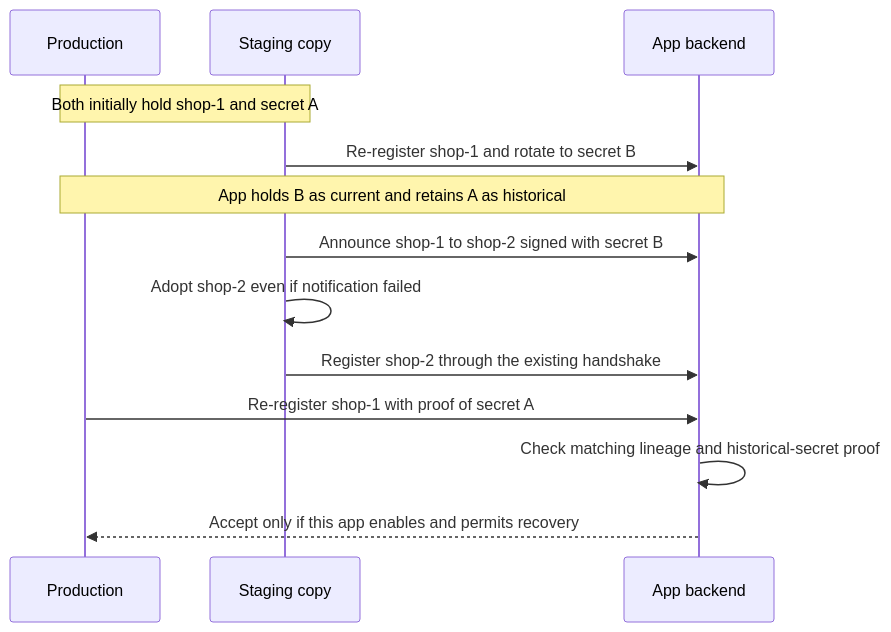
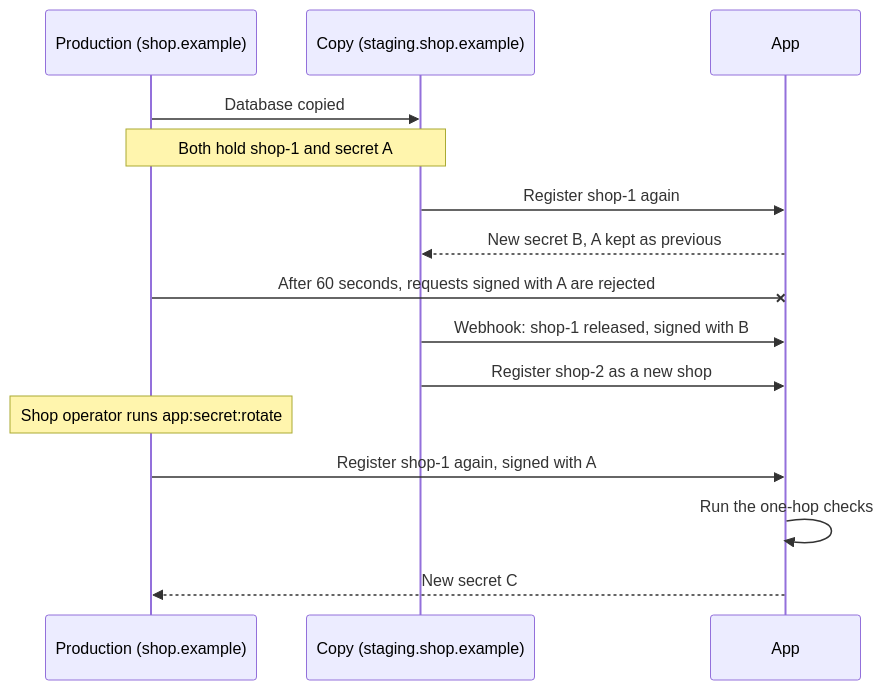
One commit to shopware/shopware changed the second of 2 diagrams in adr/2026-10-15-app-shop-identity-lineage-and-recovery.md. Above: the diagram before and after it, drawn with Mermaid. The commit also changed other lines of this file, not shown here.

Commit message:
docs(app): rework shop identity recovery around one verified hop

````diff
--- a/adr/2026-10-15-app-shop-identity-lineage-and-recovery.md
+++ b/adr/2026-10-15-app-shop-identity-lineage-and-recovery.md
@@ -39,15 +53,17 @@
 ```mermaid
 sequenceDiagram
-    participant Production
-    participant Copy as Staging copy
-    participant App as App backend
-    Note over Production,Copy: Both initially hold shop-1 and secret A
-    Copy->>App: Re-register shop-1 and rotate to secret B
-    Note over Production,App: App holds B as current and retains A as historical
-    Copy->>App: Announce shop-1 to shop-2 signed with secret B
-    Copy->>Copy: Adopt shop-2 even if notification failed
-    Copy->>App: Register shop-2 through the existing handshake
-    Production->>App: Re-register shop-1 with proof of secret A
-    App->>App: Check matching lineage and historical-secret proof
-    App-->>Production: Accept only if this app enables and permits recovery
+    participant Prod as Production (shop.example)
+    participant Copy as Copy (staging.shop.example)
+    participant App as App
+    Prod->>Copy: Database copied
+    Note over Prod,Copy: Both hold shop-1 and secret A
+    Copy->>App: Register shop-1 again
+    App-->>Copy: New secret B, A kept as previous
+    Prod-xApp: After 60 seconds, requests signed with A are rejected
+    Copy->>App: Webhook: shop-1 released, signed with B
+    Copy->>App: Register shop-2 as a new shop
+    Note over Prod: Shop operator runs app:secret:rotate
+    Prod->>App: Register shop-1 again, signed with A
+    App->>App: Run the one-hop checks
+    App-->>Prod: New secret C
 ```
````
